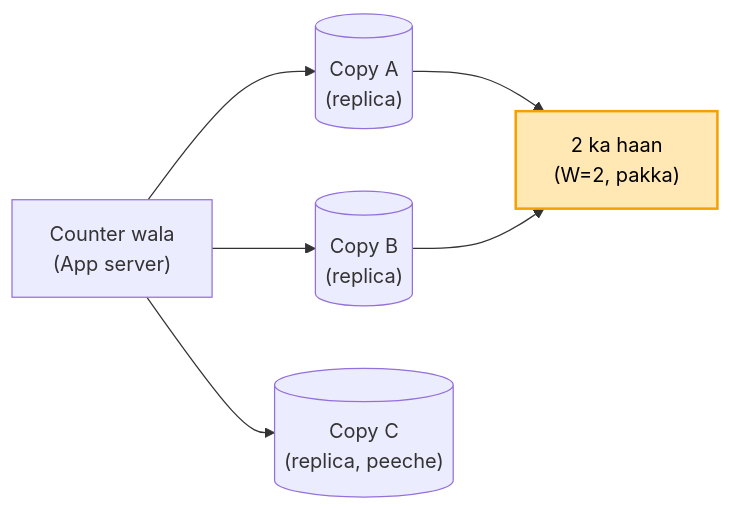
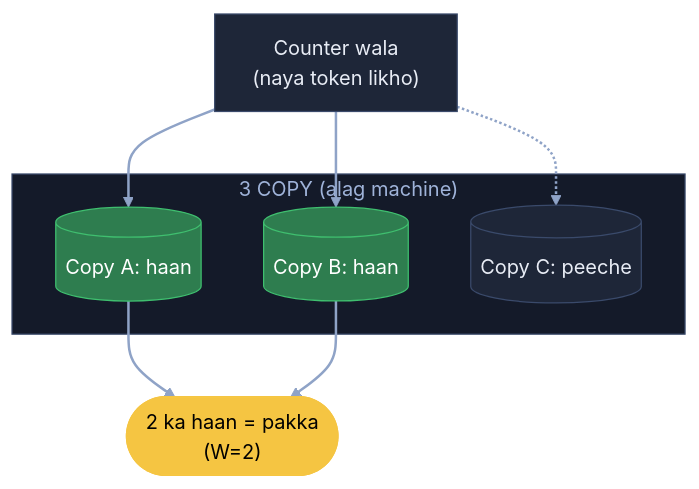
Before and after one commit to ArpanMaheshwari144/Prep: the ninth of 13 diagrams in 04_HLD/SYSTEM_DESIGNS/01_url_shortener/01_url_shortener.md, drawn with Mermaid. The commit also changed other lines of this file, not shown here.

Commit message:
URL shortener: 13 diagram YouTube (reel) wale card andaaz me

````diff
--- a/04_HLD/SYSTEM_DESIGNS/01_url_shortener/01_url_shortener.md
+++ b/04_HLD/SYSTEM_DESIGNS/01_url_shortener/01_url_shortener.md
@@ -188,9 +278,21 @@
 ```mermaid
-flowchart LR
-    C["Counter wala<br/>(App server)"] --> A[("Copy A<br/>(replica)")]
-    C --> B[("Copy B<br/>(replica)")]
-    C --> X[("Copy C<br/>(replica, peeche)")]
-    A --> OK["2 ka haan<br/>(W=2, pakka)"]
+flowchart TB
+    C["Counter wala<br/>(naya token likho)"]:::card
+    subgraph R["3 COPY (alag machine)"]
+        A[("Copy A: haan")]:::good
+        B[("Copy B: haan")]:::good
+        X[("Copy C: peeche")]:::card
+    end
+    OK(["2 ka haan = pakka<br/>(W=2)"]):::pill
+    C --> A
+    C --> B
+    C -.-> X
+    A --> OK
     B --> OK
-    style OK fill:#ffe8b3,stroke:#f59f00,stroke-width:2px,color:#000
+    linkStyle default stroke:#8fa3c7,stroke-width:2px
+    classDef card fill:#1e2638,stroke:#3a4a6b,color:#e8ecf5
+    classDef pill fill:#f5c542,stroke:#f5c542,color:#000
+    classDef good fill:#2e7d4f,stroke:#3fbf6f,color:#fff
+    classDef bad fill:#5c1f24,stroke:#e05561,color:#fff
+    style R fill:#141a29,stroke:#3a4a6b,color:#9fb3d9
 ```
````
